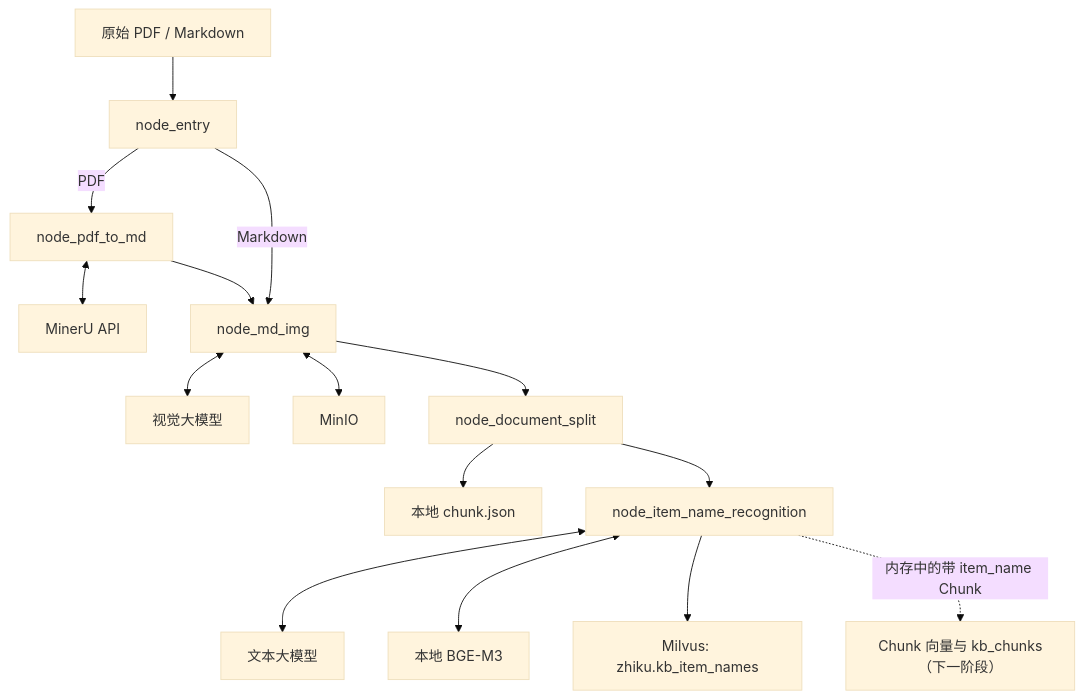
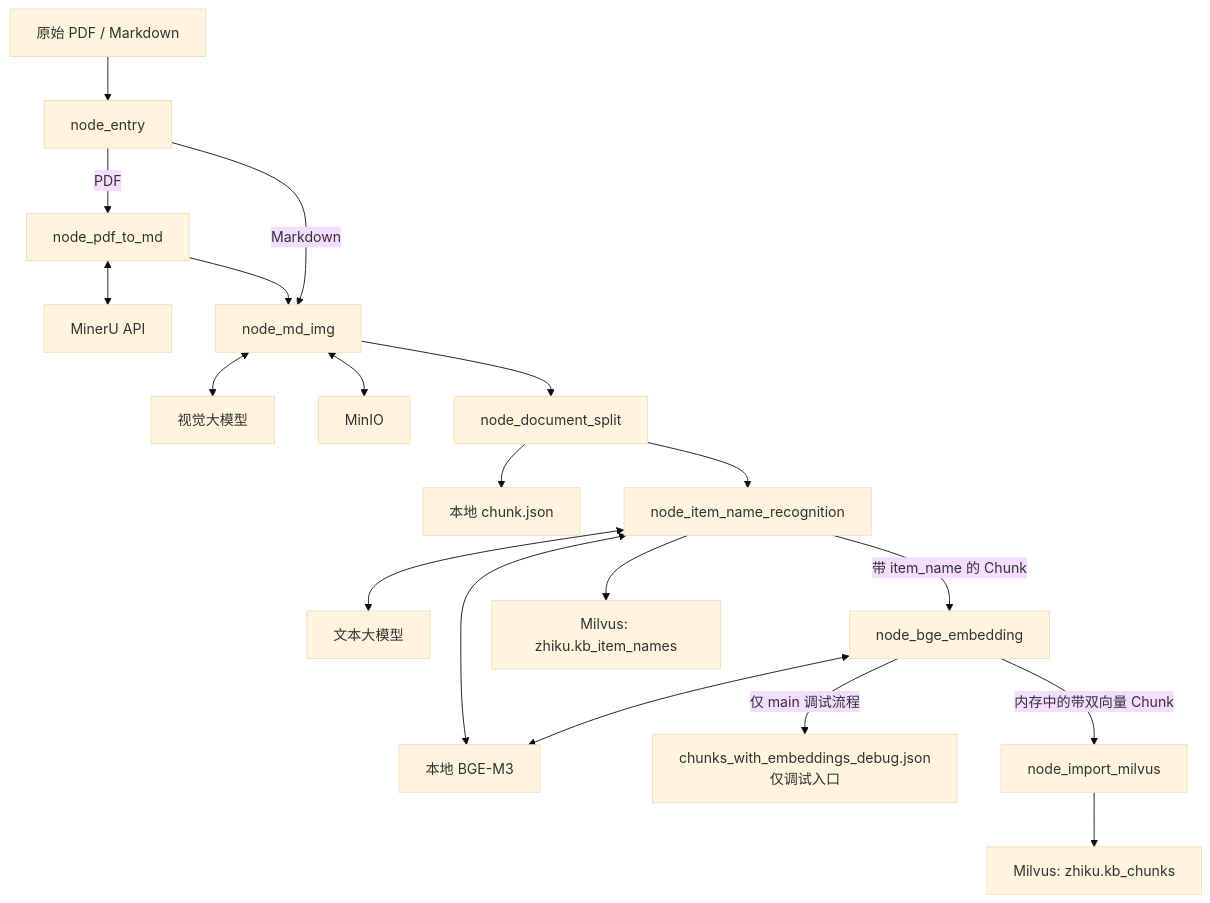
Before and after one commit to xxmm717/Smart-Knowledge-Base: the second of 7 diagrams in 项目设计文档/项目设计总结.md, drawn with Mermaid (base theme). The commit also changed other lines of this file and 3 other files, not shown here.

First line of the commit message:
feat(import): 完成 Milvus 切片入库与真实验证

````diff
--- a/项目设计文档/项目设计总结.md
+++ b/项目设计文档/项目设计总结.md
@@ -98,32 +101,39 @@
 ```mermaid
 flowchart TD
     U["原始 PDF / Markdown"]
     ENTRY["node_entry"]
     MINERU["MinerU API"]
     PDF["node_pdf_to_md"]
     IMG["node_md_img"]
     VLM["视觉大模型"]
     MINIO["MinIO"]
     SPLIT["node_document_split"]
     ITEM["node_item_name_recognition"]
     LLM["文本大模型"]
     BGE["本地 BGE-M3"]
+    CHUNK_BGE["node_bge_embedding"]
+    IMPORT["node_import_milvus"]
     JSON["本地 chunk.json"]
+    DEBUG_JSON["chunks_with_embeddings_debug.json<br/>仅调试入口"]
     ENTITY["Milvus: zhiku.kb_item_names"]
-    FUTURE["Chunk 向量与 kb_chunks（下一阶段）"]
+    CHUNKS["Milvus: zhiku.kb_chunks"]
 
     U --> ENTRY
     ENTRY -->|PDF| PDF
     ENTRY -->|Markdown| IMG
     PDF <--> MINERU
     PDF --> IMG
     IMG <--> VLM
     IMG <--> MINIO
     IMG --> SPLIT
     SPLIT --> JSON
     SPLIT --> ITEM
     ITEM <--> LLM
     ITEM <--> BGE
     ITEM --> ENTITY
-    ITEM -.->|内存中的带 item_name Chunk| FUTURE
+    ITEM -->|带 item_name 的 Chunk| CHUNK_BGE
+    CHUNK_BGE <--> BGE
+    CHUNK_BGE -->|仅 main 调试流程| DEBUG_JSON
+    CHUNK_BGE -->|内存中的带双向量 Chunk| IMPORT
+    IMPORT --> CHUNKS
 ```
````
